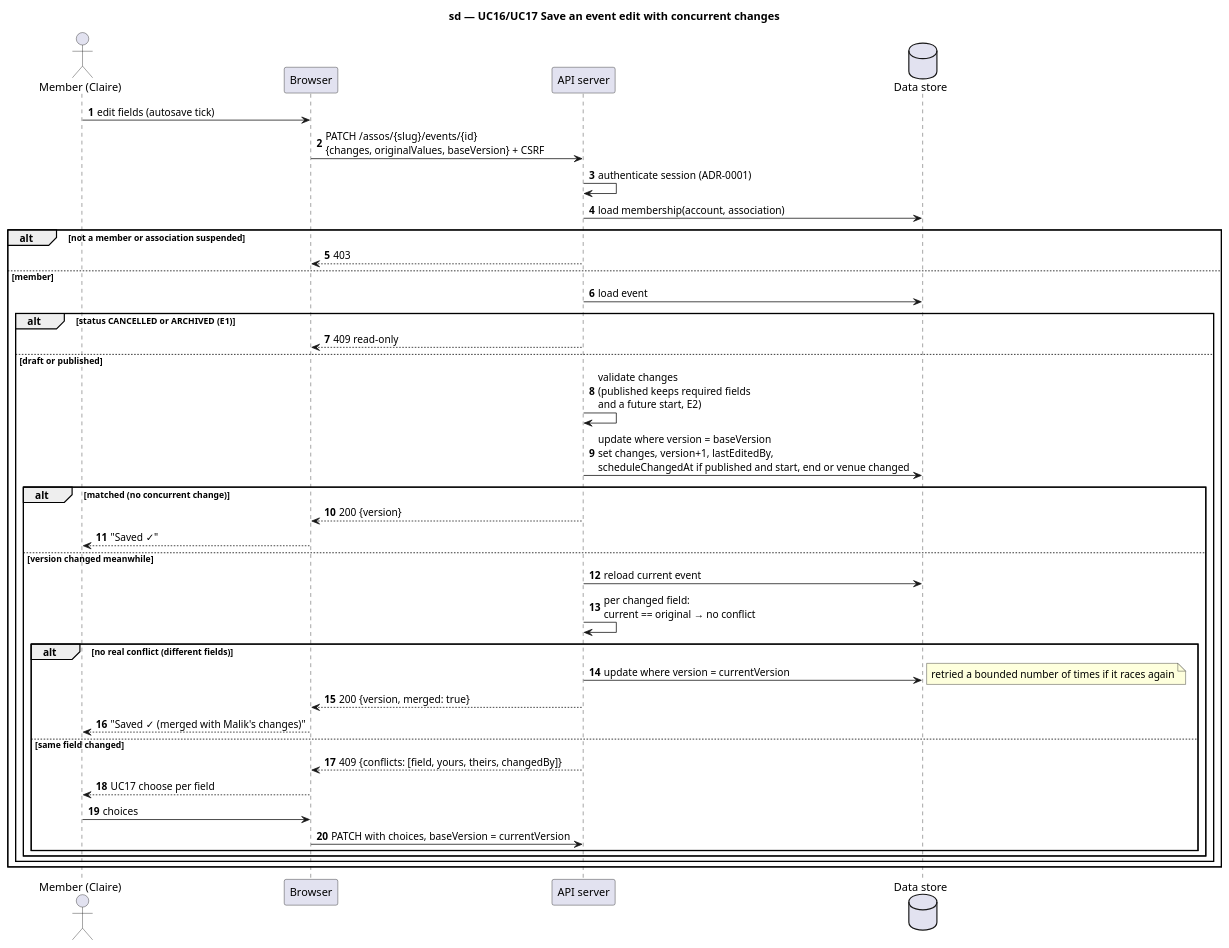
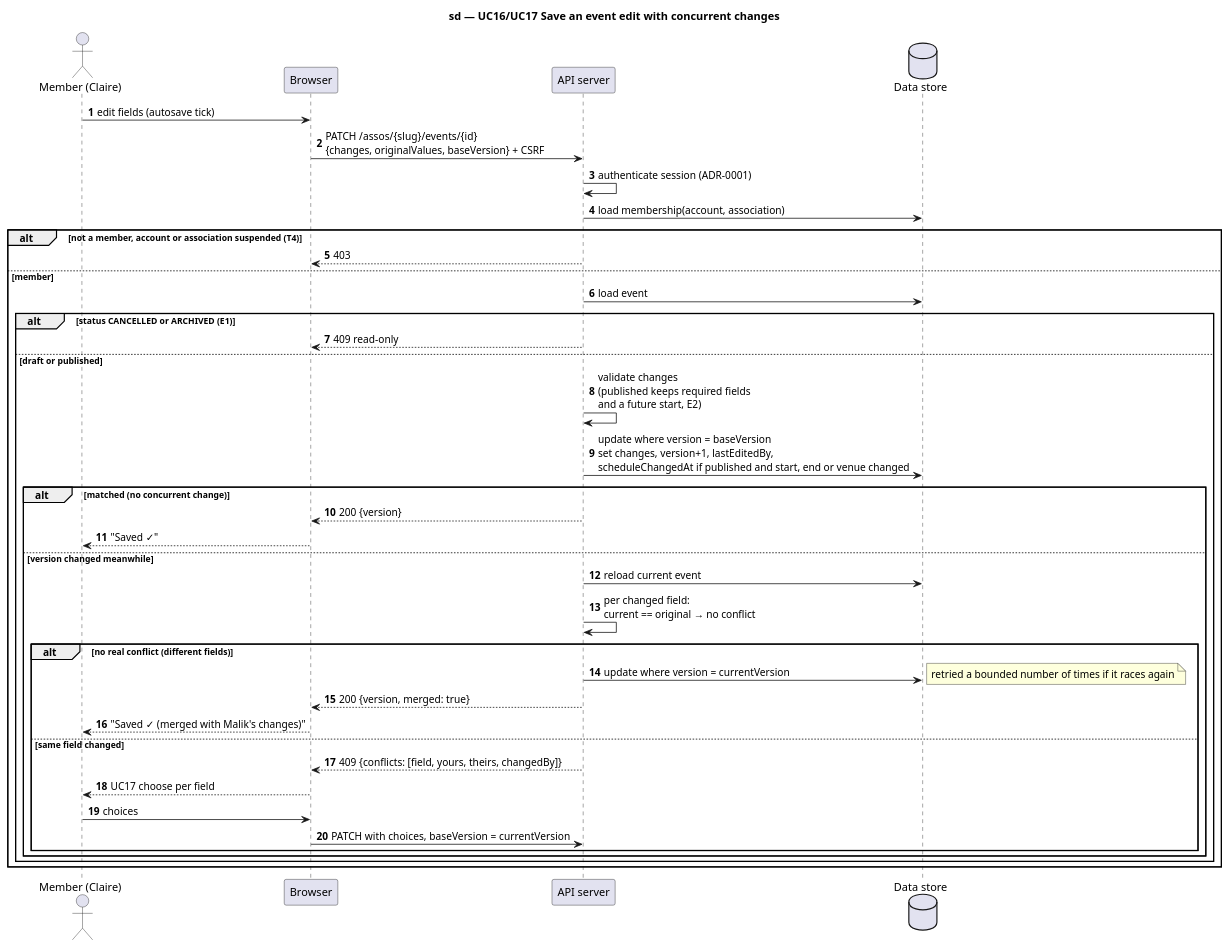
One commit to benoit-bremaud/HappiHub changed the diagram in docs/architecture/diagrams/v1-events/02a-sequence-autosave-conflict.puml. Above: the diagram before and after it, drawn with PlantUML. The commit also changed 13 other files, not shown here.

First line of the commit message:
docs(uml): add V1 traceability matrix and final conception review

```diff
--- a/docs/architecture/diagrams/v1-events/02a-sequence-autosave-conflict.puml
+++ b/docs/architecture/diagrams/v1-events/02a-sequence-autosave-conflict.puml
@@ -1,43 +1,43 @@
 @startuml
 title sd — UC16/UC17 Save an event edit with concurrent changes
 skinparam shadowing false
 autonumber
 actor "Member (Claire)" as M
 participant "Browser" as B
 participant "API server" as A
 database "Data store" as D
 
 M -> B : edit fields (autosave tick)
 B -> A : PATCH /assos/{slug}/events/{id}\n{changes, originalValues, baseVersion} + CSRF
 A -> A : authenticate session (ADR-0001)
 A -> D : load membership(account, association)
-alt not a member or association suspended
+alt not a member, account or association suspended (T4)
   A --> B : 403
 else member
   A -> D : load event
   alt status CANCELLED or ARCHIVED (E1)
     A --> B : 409 read-only
   else draft or published
     A -> A : validate changes\n(published keeps required fields\nand a future start, E2)
     A -> D : update where version = baseVersion\nset changes, version+1, lastEditedBy,\nscheduleChangedAt if published and start, end or venue changed
     alt matched (no concurrent change)
       A --> B : 200 {version}
       B --> M : "Saved ✓"
     else version changed meanwhile
       A -> D : reload current event
       A -> A : per changed field:\ncurrent == original → no conflict
       alt no real conflict (different fields)
         A -> D : update where version = currentVersion
         note right : retried a bounded number of times if it races again
         A --> B : 200 {version, merged: true}
         B --> M : "Saved ✓ (merged with Malik's changes)"
       else same field changed
         A --> B : 409 {conflicts: [field, yours, theirs, changedBy]}
         B --> M : UC17 choose per field
         M -> B : choices
         B -> A : PATCH with choices, baseVersion = currentVersion
       end
     end
   end
 end
 @enduml
```
